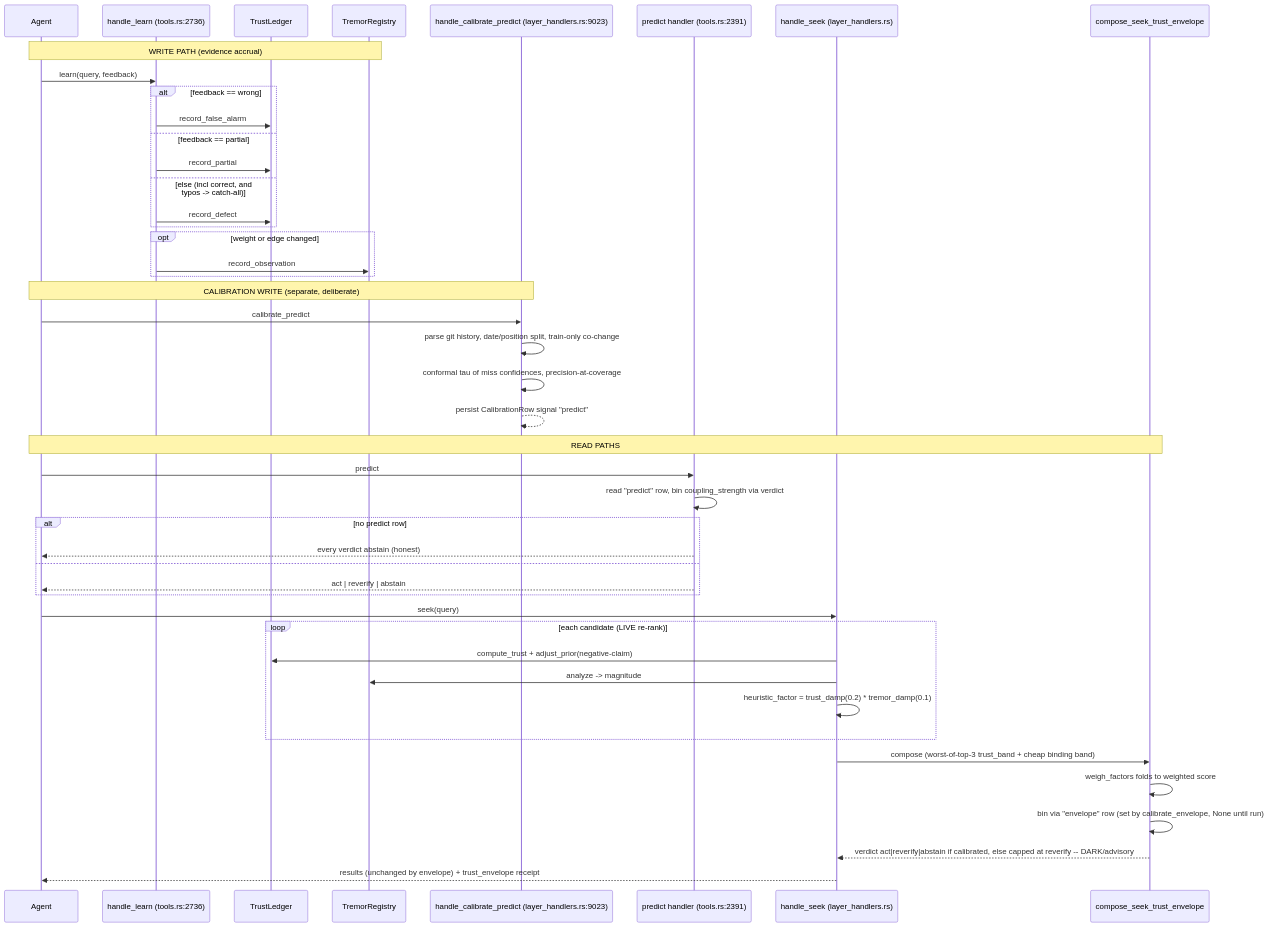
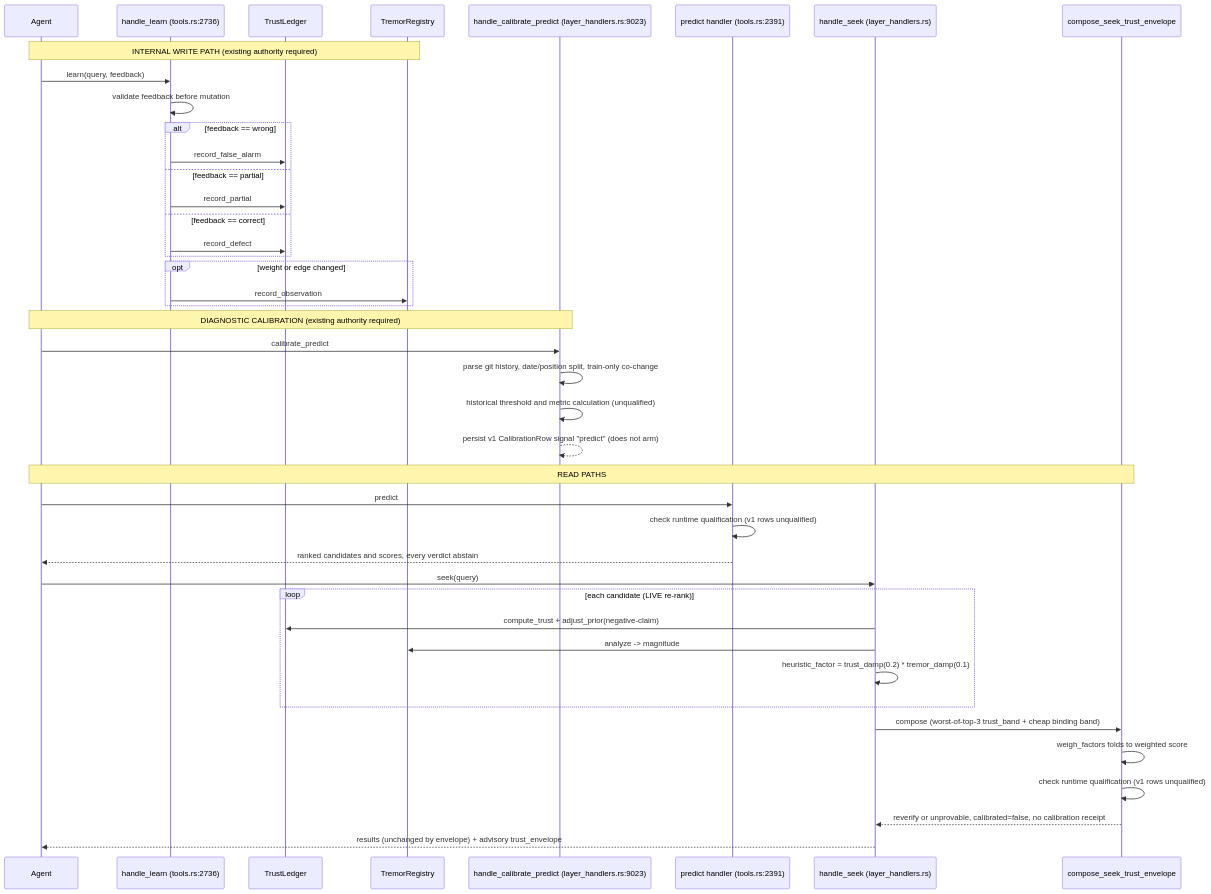
The second of 3 diagrams in docs/uml/trust-calibration.md (maxkle1nz/m1nd), drawn with Mermaid before and after one commit. The commit also changed other lines of this file and 40 other files, not shown here.

First line of the commit message:
fix: abstain when calibration evidence is unqualified (#577)

````diff
--- a/docs/uml/trust-calibration.md
+++ b/docs/uml/trust-calibration.md
@@ -88,51 +88,48 @@
 ```mermaid
 sequenceDiagram
     participant Ag as Agent
     participant L as handle_learn (tools.rs:2736)
     participant TL as TrustLedger
     participant TR as TremorRegistry
     participant CP as handle_calibrate_predict (layer_handlers.rs:9023)
     participant P as predict handler (tools.rs:2391)
     participant SK as handle_seek (layer_handlers.rs)
     participant ENV as compose_seek_trust_envelope
 
-    Note over Ag,TR: WRITE PATH (evidence accrual)
+    Note over Ag,TR: INTERNAL WRITE PATH (existing authority required)
     Ag->>L: learn(query, feedback)
+    L->>L: validate feedback before mutation
     alt feedback == wrong
         L->>TL: record_false_alarm
     else feedback == partial
         L->>TL: record_partial
-    else else (incl correct, and typos -> catch-all)
+    else feedback == correct
         L->>TL: record_defect
     end
     opt weight or edge changed
         L->>TR: record_observation
     end
 
-    Note over Ag,CP: CALIBRATION WRITE (separate, deliberate)
+    Note over Ag,CP: DIAGNOSTIC CALIBRATION (existing authority required)
     Ag->>CP: calibrate_predict
     CP->>CP: parse git history, date/position split, train-only co-change
-    CP->>CP: conformal tau of miss confidences, precision-at-coverage
-    CP-->>CP: persist CalibrationRow signal "predict"
+    CP->>CP: historical threshold and metric calculation (unqualified)
+    CP-->>CP: persist v1 CalibrationRow signal "predict" (does not arm)
 
     Note over Ag,ENV: READ PATHS
     Ag->>P: predict
-    P->>P: read "predict" row, bin coupling_strength via verdict
-    alt no predict row
-        P-->>Ag: every verdict abstain (honest)
-    else
-        P-->>Ag: act | reverify | abstain
-    end
+    P->>P: check runtime qualification (v1 rows unqualified)
+    P-->>Ag: ranked candidates and scores, every verdict abstain
 
     Ag->>SK: seek(query)
     loop each candidate (LIVE re-rank)
         SK->>TL: compute_trust + adjust_prior(negative-claim)
         SK->>TR: analyze -> magnitude
         SK->>SK: heuristic_factor = trust_damp(0.2) * tremor_damp(0.1)
     end
     SK->>ENV: compose (worst-of-top-3 trust_band + cheap binding band)
     ENV->>ENV: weigh_factors folds to weighted score
-    ENV->>ENV: bin via "envelope" row (set by calibrate_envelope, None until run)
-    ENV-->>SK: verdict act|reverify|abstain if calibrated, else capped at reverify -- DARK/advisory
-    SK-->>Ag: results (unchanged by envelope) + trust_envelope receipt
+    ENV->>ENV: check runtime qualification (v1 rows unqualified)
+    ENV-->>SK: reverify or unprovable, calibrated=false, no calibration receipt
+    SK-->>Ag: results (unchanged by envelope) + advisory trust_envelope
 ```
````
